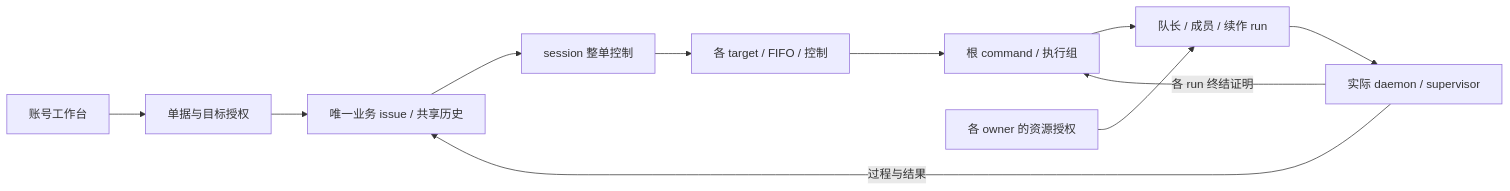
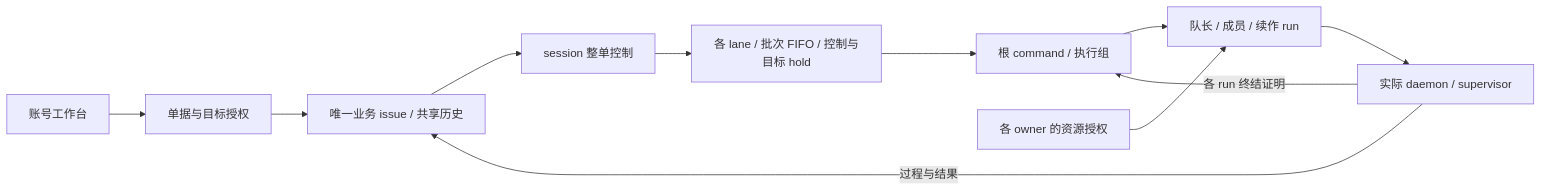
The diagram in .trellis/tasks/10-10-cross-workspace-collaboration/research/design-contracts.md (yangshangwei/multica-0.4.37), drawn with Mermaid before and after one commit. The commit also changed other lines of this file and 31 other files, not shown here.

````diff
--- a/.trellis/tasks/10-10-cross-workspace-collaboration/research/design-contracts.md
+++ b/.trellis/tasks/10-10-cross-workspace-collaboration/research/design-contracts.md
@@ -54,13 +54,13 @@
 ```mermaid
 flowchart LR
   W[账号工作台] --> A[单据与目标授权]
   A --> I[唯一业务 issue / 共享历史]
   I --> S[session 整单控制]
-  S --> T[各 target / FIFO / 控制]
+  S --> T[各 lane / 批次 FIFO / 控制与目标 hold]
   T --> G[根 command / 执行组]
   G --> R[队长 / 成员 / 续作 run]
   P[各 owner 的资源授权] --> R
   R --> D[实际 daemon / supervisor]
   D -->|过程与结果| I
   D -->|各 run 终结证明| G
 ```
````
